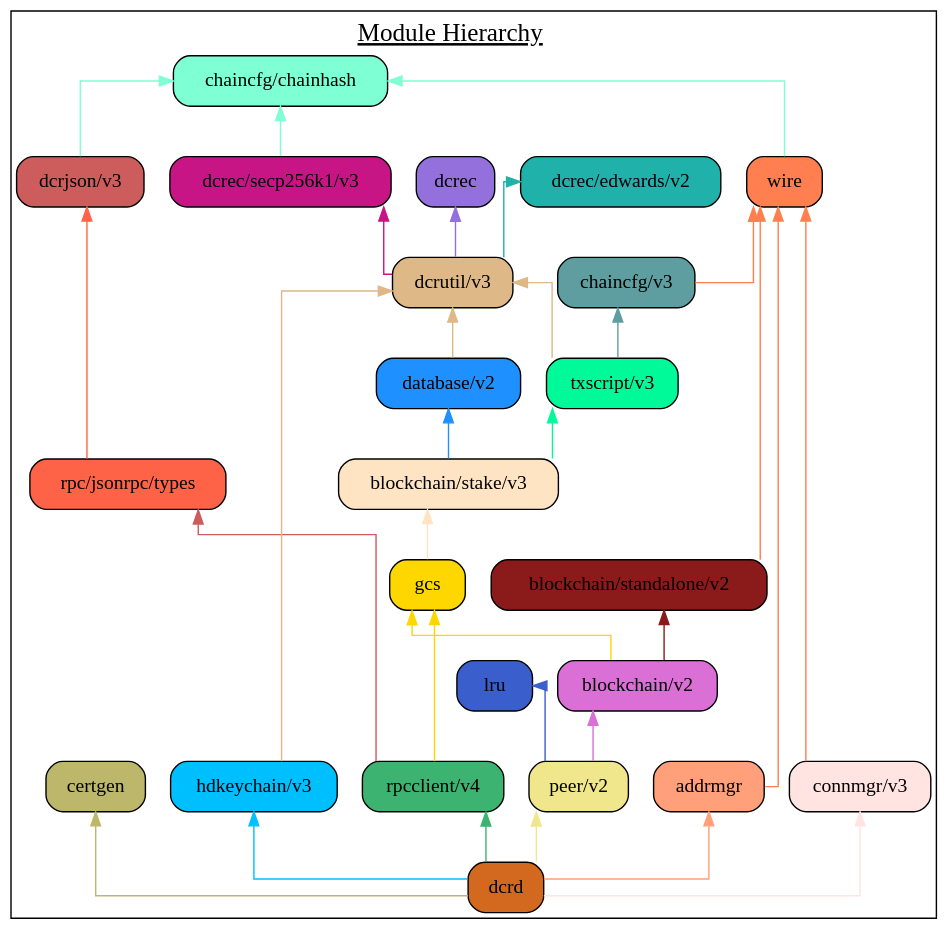
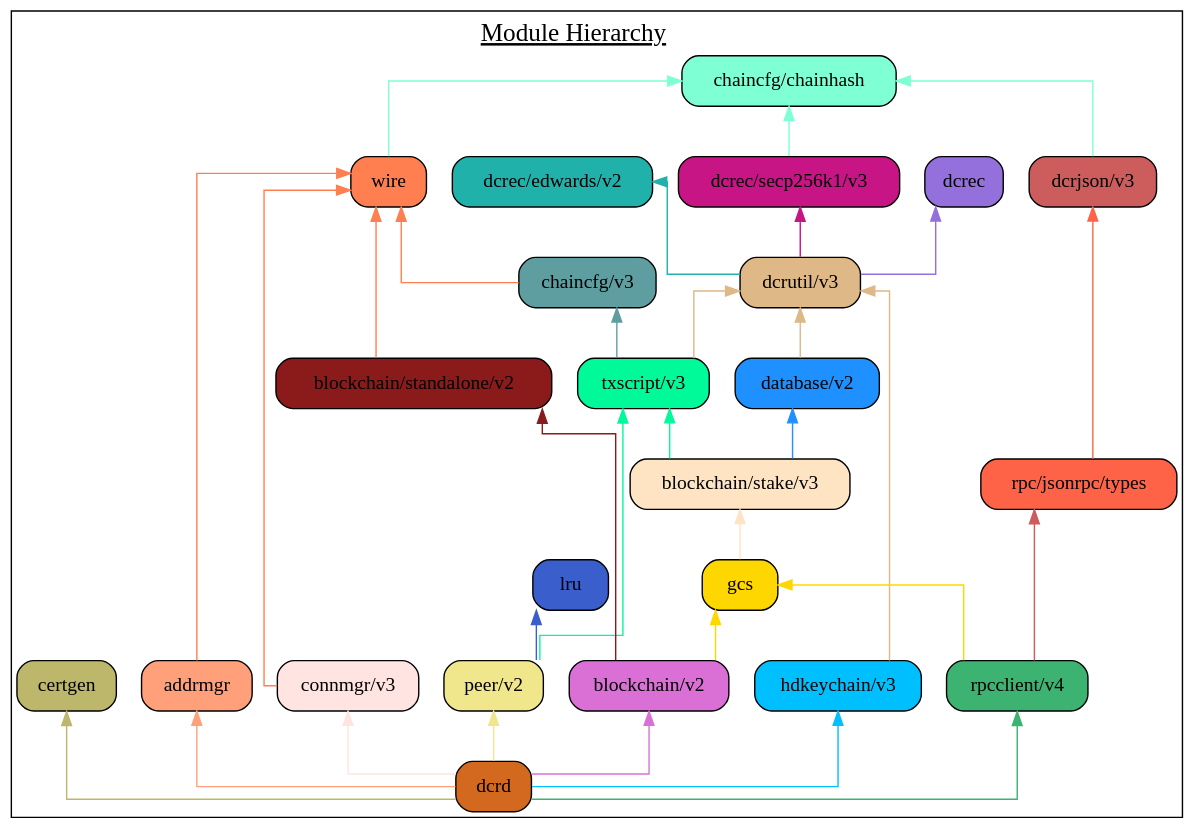
The diagram in docs/assets/module_hierarchy.gv (decred/dcrd), drawn with Graphviz before and after one commit. The commit also changed 1 other file, not shown here.

Commit message:
docs: Update for peer/v2 module.
This updates the module hierarchy graphviz and module hierarchy diagram
to reflect the new module dependencies.

```diff
--- a/docs/assets/module_hierarchy.gv
+++ b/docs/assets/module_hierarchy.gv
@@ -1,64 +1,65 @@
 digraph {
 	graph [splines=ortho colorscheme=svg label=<<u>Module Hierarchy</u>> labelloc=t fontsize=18.0]
 	node [shape=box style="filled, rounded"]
 
 	certgen [label="certgen" fillcolor=darkkhaki]
 	chainhash [label="chaincfg/chainhash" fillcolor=aquamarine]
 	dcrjson [label="dcrjson/v3" fillcolor=indianred]
 	types [label="rpc/jsonrpc/types" fillcolor=tomato]
 	wire [label="wire" fillcolor=coral]
 	addrmgr [label="addrmgr" fillcolor=lightsalmon]
 	chaincfg [label="chaincfg/v3" fillcolor=cadetblue]
 	connmgr [label="connmgr/v3" fillcolor=mistyrose]
 	dcrec [label="dcrec" fillcolor=mediumpurple]
 	edwards [label="dcrec/edwards/v2" fillcolor=lightseagreen]
 	secp256k1 [label="dcrec/secp256k1/v3" fillcolor=mediumvioletred]
 	dcrutil [label="dcrutil/v3" fillcolor=burlywood]
 	database [label="database/v2" fillcolor=dodgerblue]
 	hdkeychain [label="hdkeychain/v3" fillcolor=deepskyblue]
 	txscript [label="txscript/v3" fillcolor=mediumspringgreen]
 	stake [label="blockchain/stake/v3" fillcolor=bisque]
 	standalone [label="blockchain/standalone/v2" fillcolor=firebrick4]
 	gcs [label="gcs" fillcolor=gold]
 	blockchain [label="blockchain/v2" fillcolor=orchid]
 	lru  [label="lru" fillcolor=royalblue3]
 	peer [label="peer/v2" fillcolor=khaki]
 	rpcclient [label="rpcclient/v4" fillcolor=mediumseagreen]
 	dcrd [label="dcrd" fillcolor=chocolate]
 
-	{rank=same connmgr addrmgr hdkeychain peer rpcclient}
+	{rank=same connmgr addrmgr hdkeychain peer blockchain rpcclient}
 
 	certgen
 	chaincfg -> txscript [dir=back color=cadetblue]
 	chainhash -> dcrjson [dir=back color=aquamarine]
 	chainhash -> wire [dir=back color=aquamarine]
 	wire -> addrmgr [dir=back color=coral]
 	wire -> chaincfg [dir=back color=coral]
 	wire -> connmgr [dir=back color=coral]
 	wire -> standalone [dir=back color=coral]
 	chainhash -> secp256k1 [dir=back color=aquamarine]
 	dcrec -> dcrutil [dir=back color=mediumpurple]
 	edwards ->  dcrutil [dir=back color=lightseagreen]
 	secp256k1 ->  dcrutil [dir=back color=mediumvioletred]
 	dcrutil -> database [dir=back color=burlywood]
 	dcrutil -> hdkeychain [dir=back color=burlywood]
 	dcrutil -> txscript [dir=back color=burlywood]
 	database ->  stake [dir=back color=dodgerblue]
 	txscript -> stake [dir=back color=mediumspringgreen]
+	txscript -> peer [dir=back color=mediumspringgreen]
 	stake -> gcs [dir=back color=bisque]
 	standalone -> blockchain [dir=back color=firebrick4]
 	gcs -> blockchain [dir=back color=gold]
 	gcs -> rpcclient [dir=back color=gold]
 
 	lru -> peer [dir=back color=royalblue3]
-	blockchain -> peer [dir=back color=orchid]
 	dcrjson -> types [dir=back color=tomato]
 	types -> rpcclient [dir=back color=indianred]
 
+	blockchain -> dcrd [dir=back color=orchid]
 	certgen -> dcrd [dir=back color=darkkhaki]
 	addrmgr -> dcrd [dir=back color=lightsalmon]
 	hdkeychain -> dcrd [dir=back color=deepskyblue]
 	connmgr -> dcrd [dir=back color=mistyrose]
 	rpcclient -> dcrd [dir=back color=mediumseagreen]
 	peer -> dcrd [dir=back color=khaki]
 }
```
